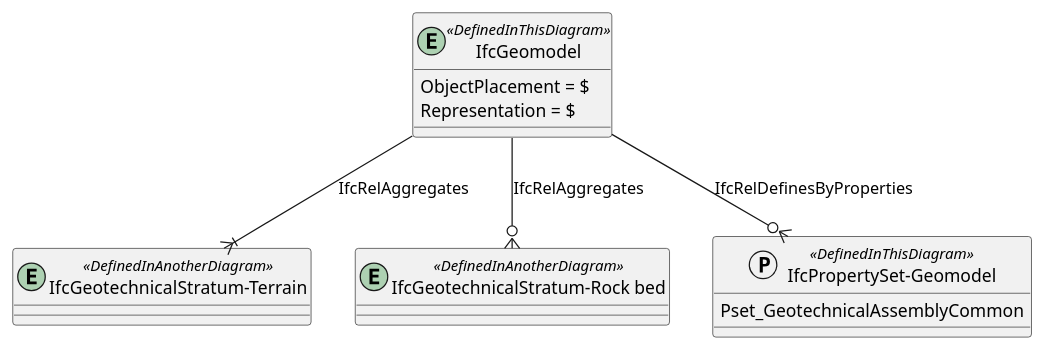
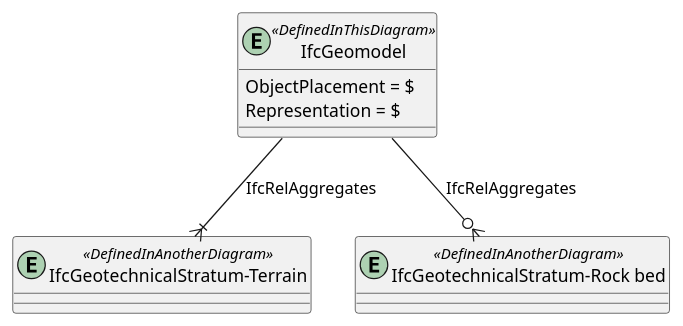
One commit to buildingSMART-Finland/RYTV-IFCRoute changed the diagram in diagrams/bsf-IfcGeomodel.pu. Above: the diagram before and after it, drawn with PlantUML. The commit also changed 2 other files, not shown here.

Commit message:
Few pset definitions

```diff
--- a/diagrams/bsf-IfcGeomodel.pu
+++ b/diagrams/bsf-IfcGeomodel.pu
@@ -1,23 +1,17 @@
 @startuml 
 
 entity IfcGeomodel <<DefinedInThisDiagram>>
 {
   ObjectPlacement = $
   Representation = $
 }
 
 entity "IfcGeotechnicalStratum-Terrain" <<DefinedInAnotherDiagram>>
 
 entity "IfcGeotechnicalStratum-Rock bed" <<DefinedInAnotherDiagram>>
 
-protocol "IfcPropertySet-Geomodel" <<DefinedInThisDiagram>>
-{
-   Pset_GeotechnicalAssemblyCommon
-}
-
 IfcGeomodel --|{"IfcGeotechnicalStratum-Terrain" : IfcRelAggregates
 IfcGeomodel --o{"IfcGeotechnicalStratum-Rock bed" : IfcRelAggregates
 
-IfcGeomodel --o{ "IfcPropertySet-Geomodel" : IfcRelDefinesByProperties
 
 @enduml
```
